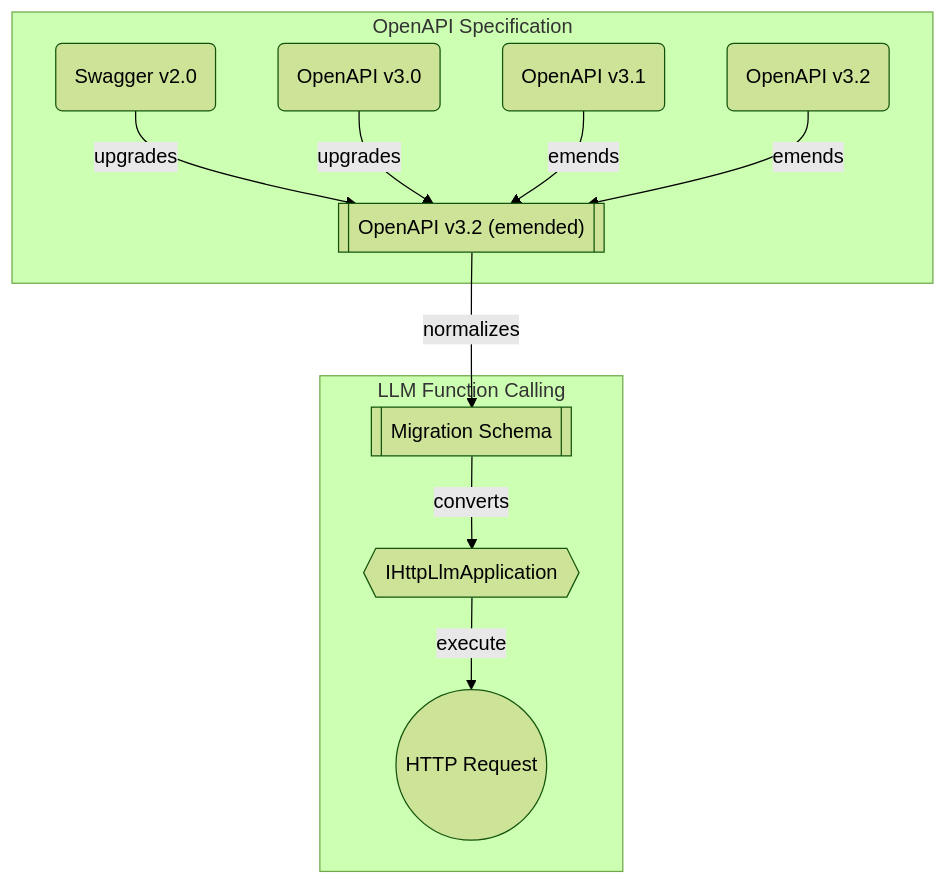
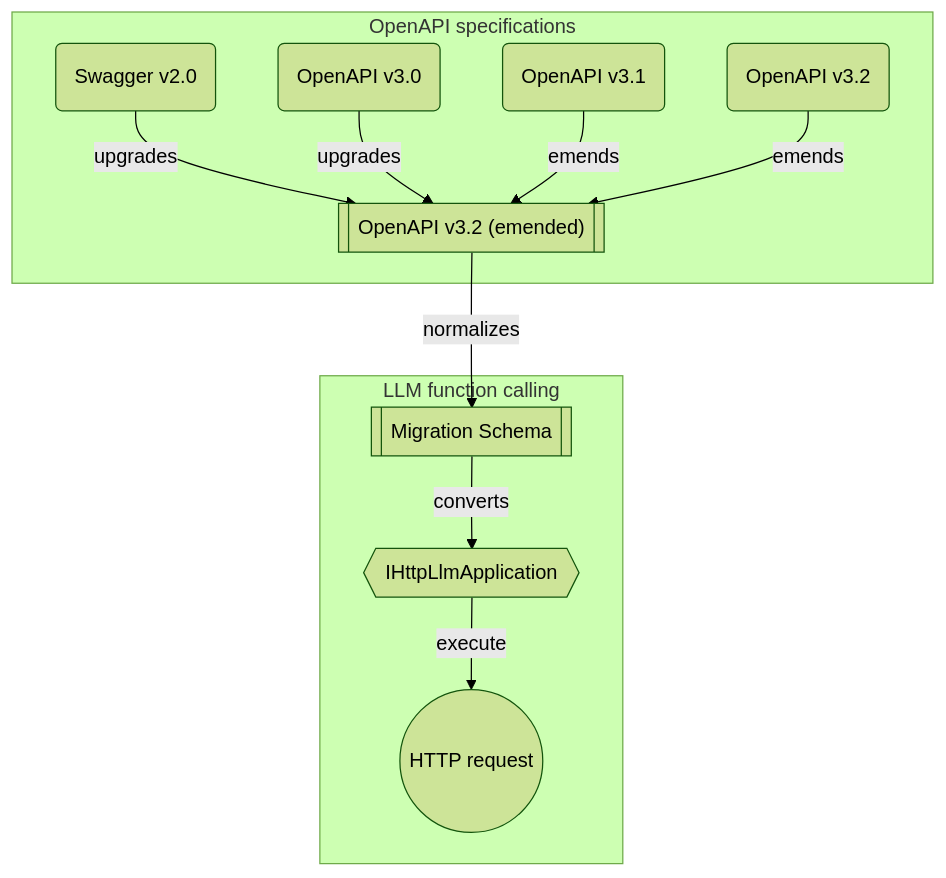
One commit to samchon/typia changed the diagram in website/src/content/docs/llm/http.mdx. Above: the diagram before and after it, drawn with Mermaid (forest theme). The commit also changed other lines of this file and 42 other files, not shown here.

````diff
--- a/website/src/content/docs/llm/http.mdx
+++ b/website/src/content/docs/llm/http.mdx
@@ -70,14 +117,14 @@
 ```mermaid
 flowchart
-  subgraph "OpenAPI Specification"
+  subgraph "OpenAPI specifications"
     v20("Swagger v2.0") --upgrades--> emended[["OpenAPI v3.2 (emended)"]]
     v30("OpenAPI v3.0") --upgrades--> emended
     v31("OpenAPI v3.1") --emends--> emended
     v32("OpenAPI v3.2") --emends--> emended
   end
-  subgraph "LLM Function Calling"
+  subgraph "LLM function calling"
     emended --normalizes--> migration[["Migration Schema"]]
     migration --converts--> app{{"IHttpLlmApplication"}}
-    app --execute--> fetch(("HTTP Request"))
+    app --execute--> fetch(("HTTP request"))
   end
 ```
````
